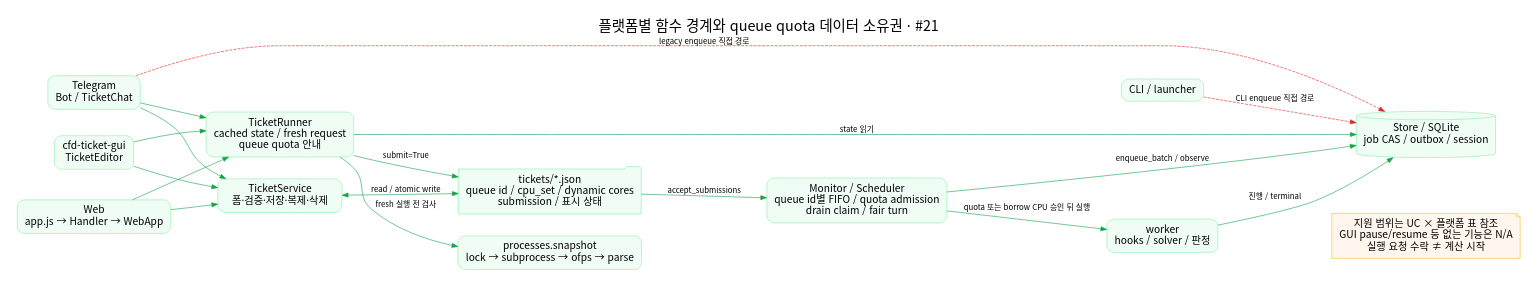
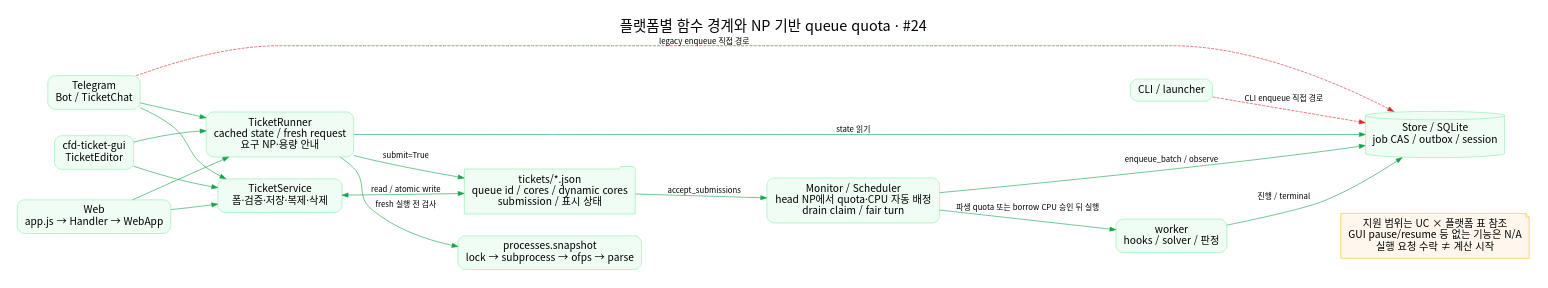
One commit to jo0n-lab/cfd-bot changed the diagram in docs/diagrams/platform-architecture.dot. Above: the diagram before and after it, drawn with Graphviz. The commit also changed 51 other files, not shown here.

Commit message:
Derive queue quotas from case cores

```diff
--- a/docs/diagrams/platform-architecture.dot
+++ b/docs/diagrams/platform-architecture.dot
@@ -1,30 +1,30 @@
 digraph platform {
- graph [rankdir=LR,bgcolor=white,pad=.3,nodesep=.5,ranksep=.8,fontname="Noto Sans CJK KR",fontsize=24,label="플랫폼별 함수 경계와 queue quota 데이터 소유권 · #21",labelloc=t];
+ graph [rankdir=LR,bgcolor=white,pad=.3,nodesep=.5,ranksep=.8,fontname="Noto Sans CJK KR",fontsize=24,label="플랫폼별 함수 경계와 NP 기반 queue quota · #24",labelloc=t];
  node [shape=box,style="rounded,filled",fillcolor="#f0fdf4",color="#86efac",fontname="Noto Sans CJK KR",fontsize=17,margin=".18,.12"];
  edge [fontname="Noto Sans CJK KR",fontsize=13,color="#16a34a"];
  tg [label="Telegram\nBot / TicketChat",URL="lld/telegram.md"];
  gui [label="cfd-ticket-gui\nTicketEditor",URL="lld/gui.md"];
  web [label="Web\napp.js → Handler → WebApp",URL="lld/web.md"];
  cli [label="CLI / launcher",URL="lld/runtime.md"];
  service [label="TicketService\n폼·검증·저장·복제·삭제",URL="diagrams/D-02.svg"];
- run [label="TicketRunner\ncached state / fresh request\nqueue quota 안내",URL="diagrams/D-03.svg"];
+ run [label="TicketRunner\ncached state / fresh request\n요구 NP·용량 안내",URL="diagrams/D-03.svg"];
  store [shape=cylinder,label="Store / SQLite\njob CAS / outbox / session"];
- json [shape=folder,label="tickets/*.json\nqueue id / cpu_set / dynamic cores\nsubmission / 표시 상태"];
+ json [shape=folder,label="tickets/*.json\nqueue id / cores / dynamic cores\nsubmission / 표시 상태"];
  snapshot [label="processes.snapshot\nlock → subprocess → ofps → parse",URL="diagrams/D-04.svg"];
- monitor [label="Monitor / Scheduler\nqueue id별 FIFO / quota admission\ndrain claim / fair turn",URL="diagrams/BG-04.svg"];
+ monitor [label="Monitor / Scheduler\nhead NP에서 quota·CPU 자동 배정\ndrain claim / fair turn",URL="diagrams/BG-04.svg"];
  worker [label="worker\nhooks / solver / 판정",URL="diagrams/BG-05.svg"];
  tg -> service;gui -> service;web -> service;
  tg -> run;gui -> run;web -> run;
  service -> json [label="read / atomic write",dir=both];
  run -> snapshot [label="fresh 실행 전 검사"];
  run -> json [label="submit=True"];
  run -> store [label="state 읽기"];
  json -> monitor [label="accept_submissions"];
  monitor -> store [label="enqueue_batch / observe"];
- monitor -> worker [label="quota 또는 borrow CPU 승인 뒤 실행"];
+ monitor -> worker [label="파생 quota 또는 borrow CPU 승인 뒤 실행"];
  worker -> store [label="진행 / terminal"];
  tg -> store [label="legacy enqueue 직접 경로",color="#dc2626",style=dashed];
  cli -> store [label="CLI enqueue 직접 경로",color="#dc2626",style=dashed];
  note [shape=note,label="지원 범위는 UC × 플랫폼 표 참조\nGUI pause/resume 등 없는 기능은 N/A\n실행 요청 수락 ≠ 계산 시작",fillcolor="#fff7ed",color="#fbbf24"];
  worker -> note [style=invis];
 }
```
